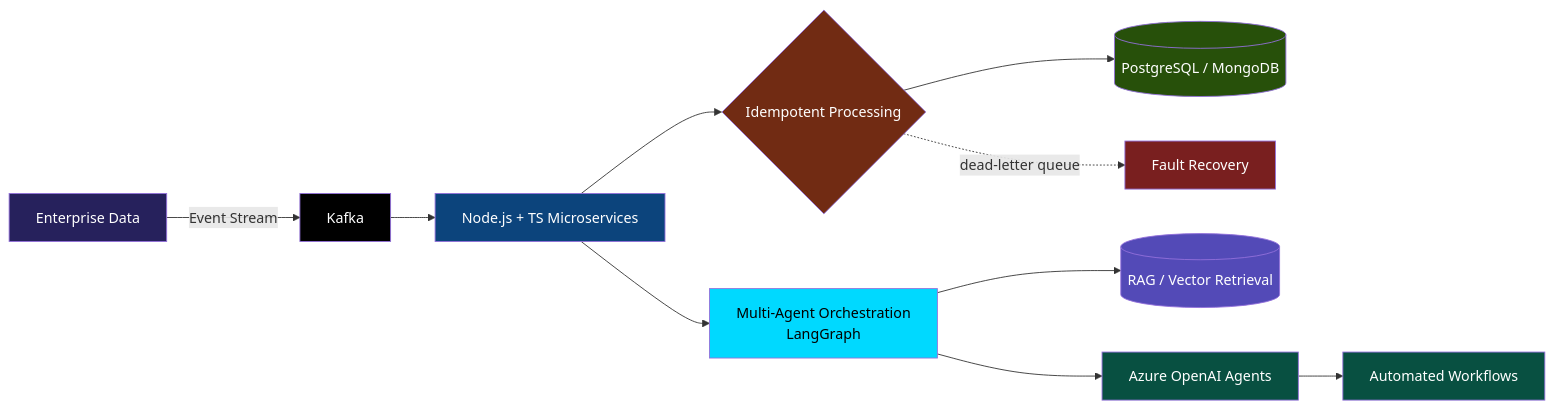
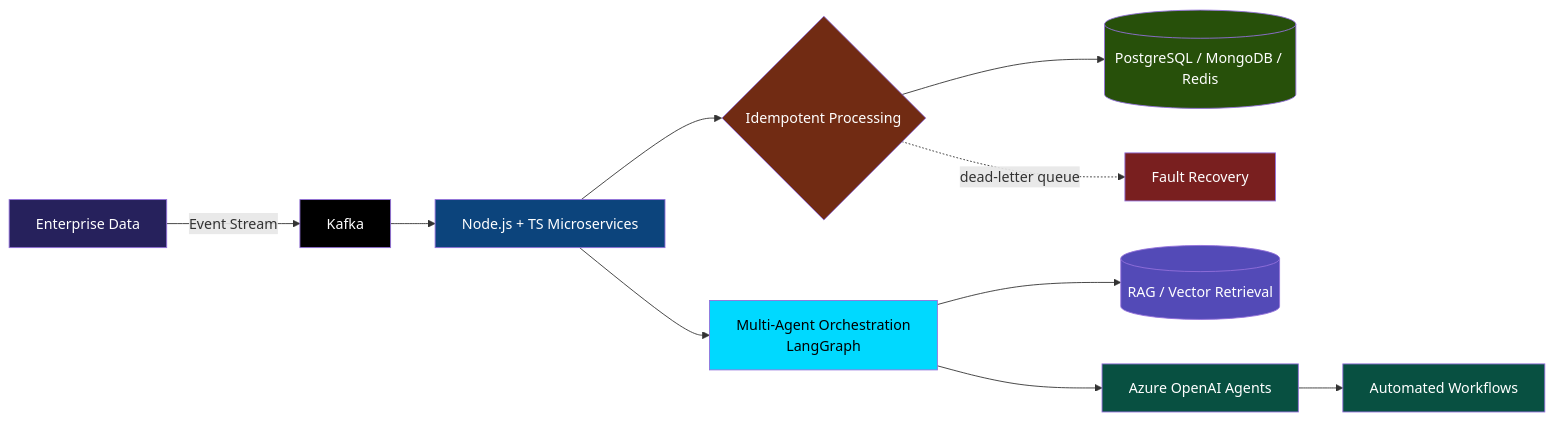
The diagram in README.md (manish0502/manish0502), drawn with Mermaid before and after one commit. The commit also changed other lines of this file, not shown here.

````diff
--- a/README.md
+++ b/README.md
@@ -122,23 +137,23 @@
 ```mermaid
 graph LR
     A[Enterprise Data] -->|Event Stream| B[Kafka]
     B --> C[Node.js + TS Microservices]
     C --> D{Idempotent Processing}
-    D --> E[(PostgreSQL / MongoDB)]
+    D --> E[(PostgreSQL / MongoDB / Redis)]
     C --> F[Multi-Agent Orchestration<br/>LangGraph]
     F --> R[(RAG / Vector Retrieval)]
     F --> H2[Azure OpenAI Agents]
     H2 --> G[Automated Workflows]
     D -.dead-letter queue.-> H[Fault Recovery]
 
     style A fill:#26215C,color:#fff
     style B fill:#000,color:#fff
     style C fill:#0C447C,color:#fff
     style D fill:#712B13,color:#fff
     style E fill:#27500A,color:#fff
     style F fill:#00D9FF,color:#000
     style R fill:#534AB7,color:#fff
     style H2 fill:#085041,color:#fff
     style G fill:#085041,color:#fff
     style H fill:#791F1F,color:#fff
 ```
````
